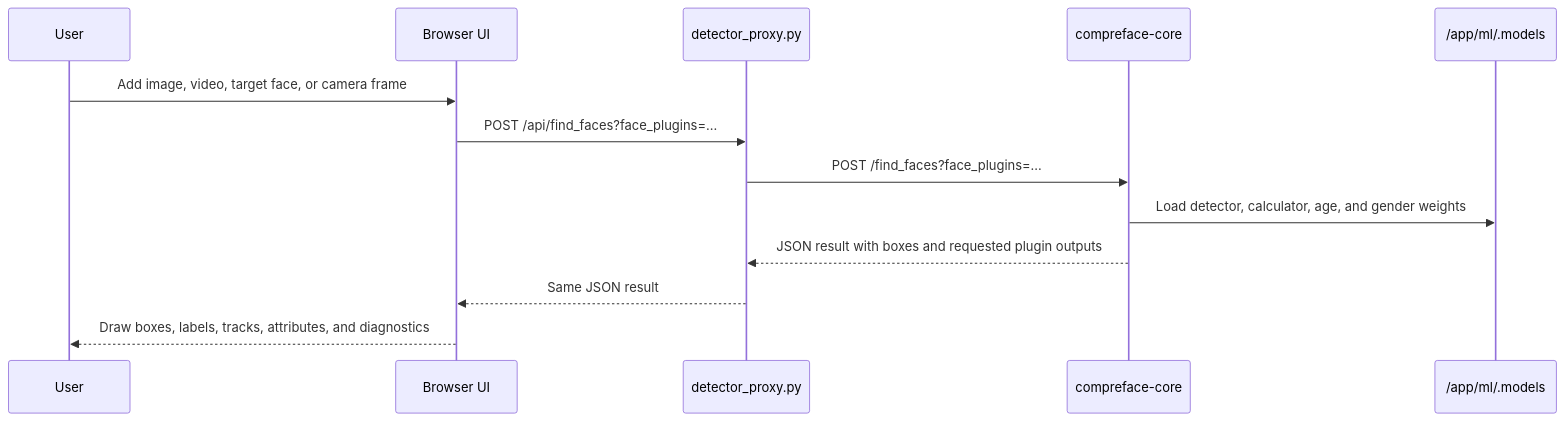
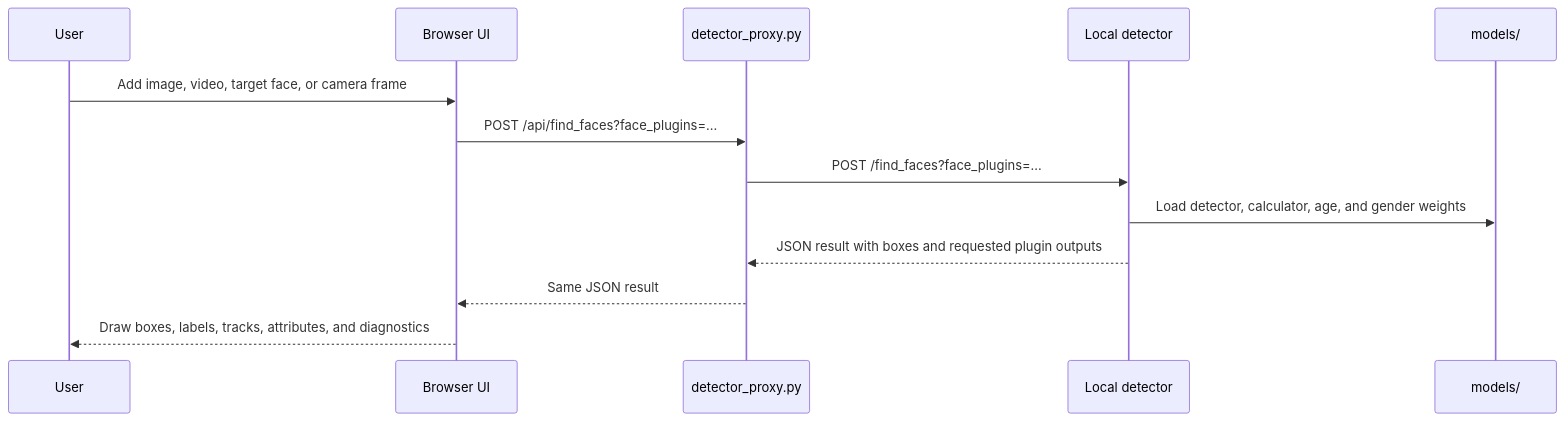
Before and after one commit to Dijo-404/FDX: the second of 2 diagrams in README.md, drawn with Mermaid. The commit also changed other lines of this file and 6 other files, not shown here.

````diff
--- a/README.md
+++ b/README.md
@@ -87,16 +84,16 @@
 ```mermaid
 sequenceDiagram
   participant User
   participant UI as Browser UI
   participant Proxy as detector_proxy.py
-  participant Core as compreface-core
-  participant Models as /app/ml/.models
+  participant Core as Local detector
+  participant Models as models/
 
   User->>UI: Add image, video, target face, or camera frame
   UI->>Proxy: POST /api/find_faces?face_plugins=...
   Proxy->>Core: POST /find_faces?face_plugins=...
   Core->>Models: Load detector, calculator, age, and gender weights
   Core-->>Proxy: JSON result with boxes and requested plugin outputs
   Proxy-->>UI: Same JSON result
   UI-->>User: Draw boxes, labels, tracks, attributes, and diagnostics
 ```
````
